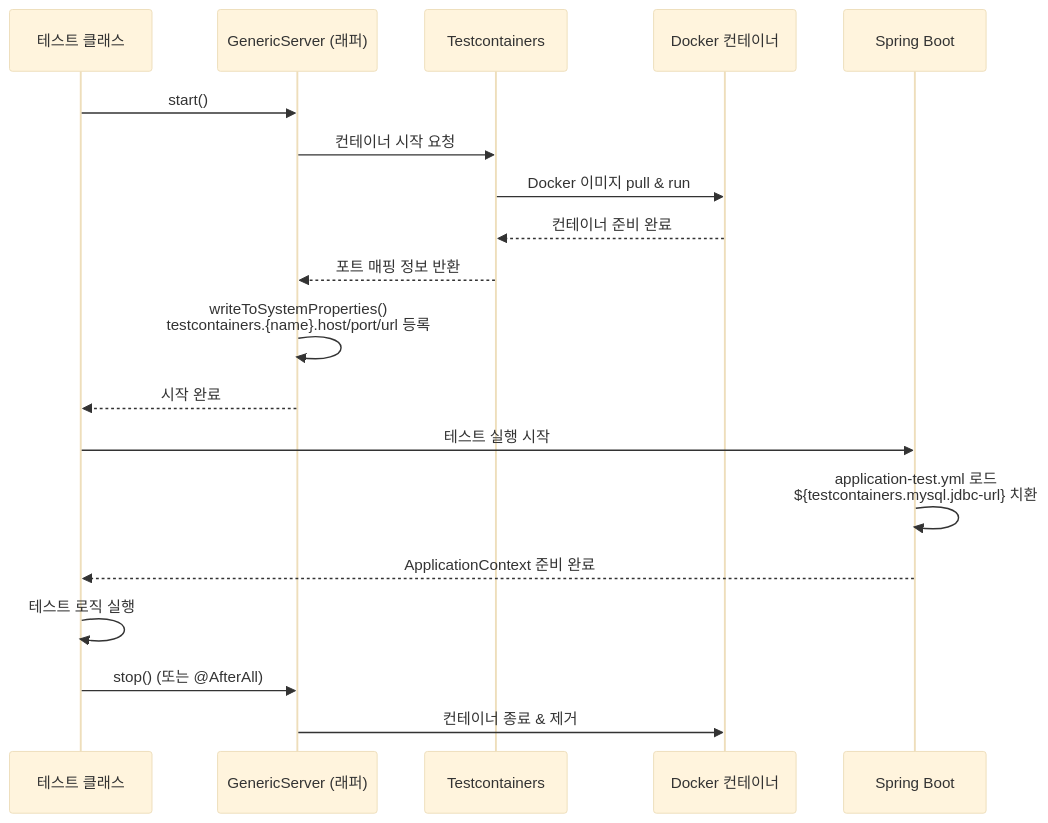
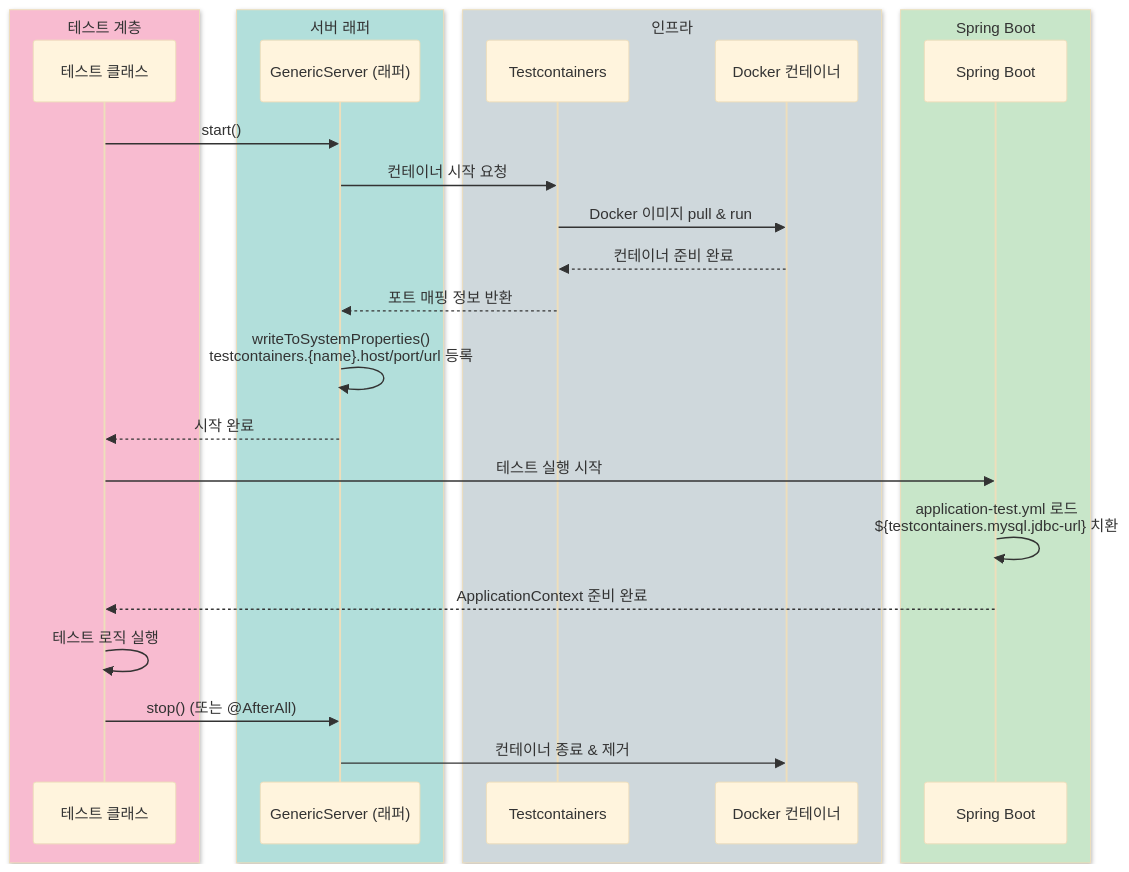
The first of 4 diagrams in testing/testcontainers/README.ko.md (bluetape4k/bluetape4k-projects), drawn with Mermaid (base theme) before and after one commit. The commit also changed other lines of this file and 221 other files, not shown here.

First line of the commit message:
docs: 전체 모듈 README UML 다이어그램 보강 및 색상 업그레이드

````diff
--- a/testing/testcontainers/README.ko.md
+++ b/testing/testcontainers/README.ko.md
@@ -11,25 +11,33 @@
 ```mermaid
 sequenceDiagram
-    participant TEST as 테스트 클래스
-    participant SERVER as GenericServer (래퍼)
-    participant TC as Testcontainers
-    participant DOCKER as Docker 컨테이너
-    participant SPRING as Spring Boot
+    box rgb(248,187,208) 테스트 계층
+        participant TEST as 테스트 클래스
+    end
+    box rgb(178,223,219) 서버 래퍼
+        participant SERVER as GenericServer (래퍼)
+    end
+    box rgb(207,216,220) 인프라
+        participant TC as Testcontainers
+        participant DOCKER as Docker 컨테이너
+    end
+    box rgb(200,230,201) Spring Boot
+        participant SPRING as Spring Boot
+    end
 
     TEST->>SERVER: start()
     SERVER->>TC: 컨테이너 시작 요청
     TC->>DOCKER: Docker 이미지 pull & run
     DOCKER-->>TC: 컨테이너 준비 완료
     TC-->>SERVER: 포트 매핑 정보 반환
     SERVER->>SERVER: writeToSystemProperties()<br/>testcontainers.{name}.host/port/url 등록
     SERVER-->>TEST: 시작 완료
 
     TEST->>SPRING: 테스트 실행 시작
     SPRING->>SPRING: application-test.yml 로드<br/>${testcontainers.mysql.jdbc-url} 치환
     SPRING-->>TEST: ApplicationContext 준비 완료
 
     TEST->>TEST: 테스트 로직 실행
 
     TEST->>SERVER: stop() (또는 @AfterAll)
     SERVER->>DOCKER: 컨테이너 종료 & 제거
 ```
````
